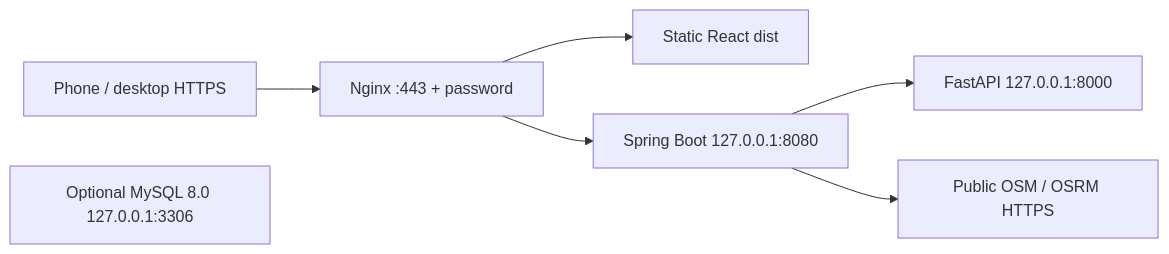
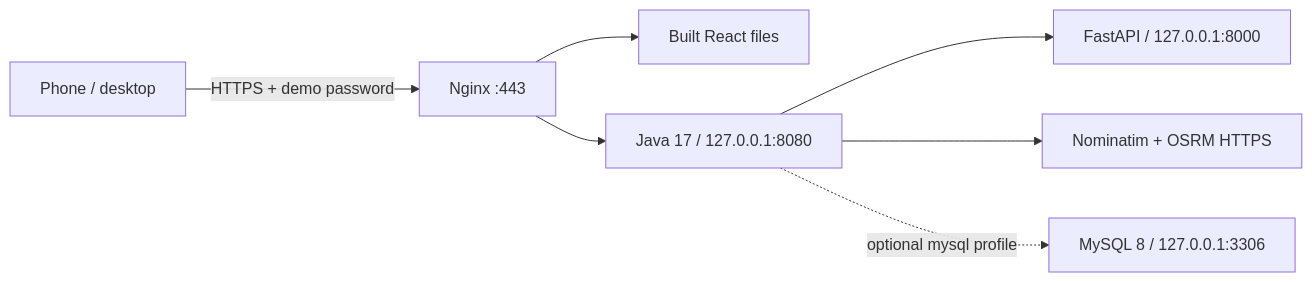
One commit to ushanp02-maker/TrafficEase changed the diagram in docs/ec2-deployment.md. Above: the diagram before and after it, drawn with Mermaid. The commit also changed other lines of this file and 61 other files, not shown here.

Commit message:
Make Amazon Linux 2023 primary with secure optional MySQL 8.4 and deployment evidence

````diff
--- a/docs/ec2-deployment.md
+++ b/docs/ec2-deployment.md
@@ -7,9 +7,9 @@
 ```mermaid
 flowchart LR
-    P[Phone / desktop HTTPS] --> N[Nginx :443 + password]
-    N --> F[Static React dist]
-    N --> B[Spring Boot 127.0.0.1:8080]
-    B --> A[FastAPI 127.0.0.1:8000]
-    B --> O[Public OSM / OSRM HTTPS]
-    M[Optional MySQL 8.0 127.0.0.1:3306]
+    Phone[Phone / desktop] -->|HTTPS + demo password| N[Nginx :443]
+    N --> F[Built React files]
+    N --> B[Java 17 / 127.0.0.1:8080]
+    B --> A[FastAPI / 127.0.0.1:8000]
+    B --> Providers[Nominatim + OSRM HTTPS]
+    B -. optional mysql profile .-> M[MySQL 8 / 127.0.0.1:3306]
 ```
````
